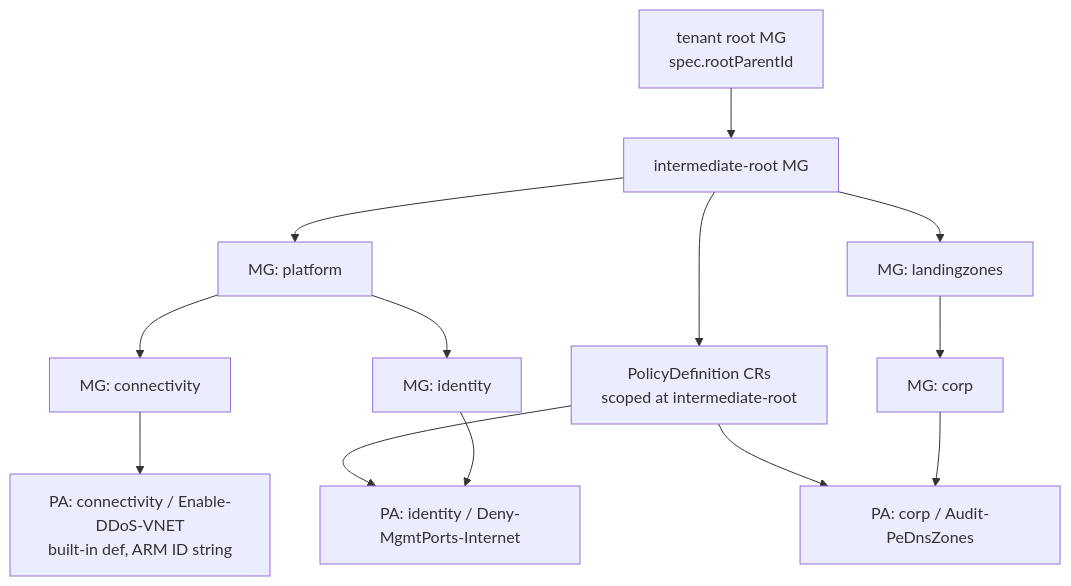
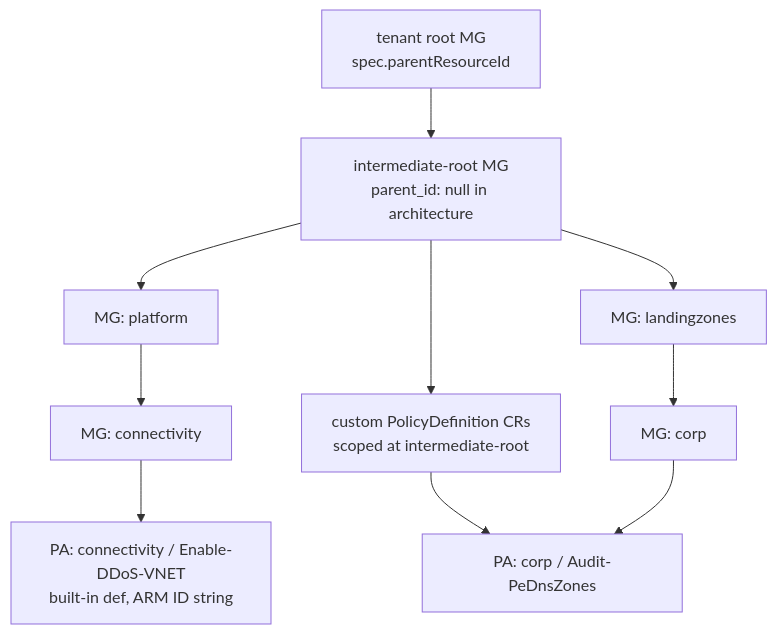
Before and after one commit to sjovang/fancy-new-iac-experiment: the diagram in prototypes/azure-landing-zones-kro/README.md, drawn with Mermaid. The commit also changed other lines of this file and 7 other files, not shown here.

First line of the commit message:
Architecture-driven ALZ renderer with library inheritance

````diff
--- a/prototypes/azure-landing-zones-kro/README.md
+++ b/prototypes/azure-landing-zones-kro/README.md
@@ -63,16 +78,13 @@
 ```mermaid
 graph TD
-    Root[tenant root MG<br/>spec.rootParentId] --> MGRoot[intermediate-root MG]
+    Root[tenant root MG<br/>spec.parentResourceId] --> MGRoot[intermediate-root MG<br/>parent_id: null in architecture]
     MGRoot --> MGPlatform[MG: platform]
     MGRoot --> MGLZ[MG: landingzones]
     MGPlatform --> MGConn[MG: connectivity]
-    MGPlatform --> MGId[MG: identity]
     MGLZ --> MGCorp[MG: corp]
 
-    MGRoot --> PD[PolicyDefinition CRs<br/>scoped at intermediate-root]
+    MGRoot --> PD[custom PolicyDefinition CRs<br/>scoped at intermediate-root]
     PD --> PACorpAudit[PA: corp / Audit-PeDnsZones]
-    PD --> PAIdMP[PA: identity / Deny-MgmtPorts-Internet]
     MGCorp --> PACorpAudit
-    MGId --> PAIdMP
     MGConn --> PAConnDDoS[PA: connectivity / Enable-DDoS-VNET<br/>built-in def, ARM ID string]
 ```
````
